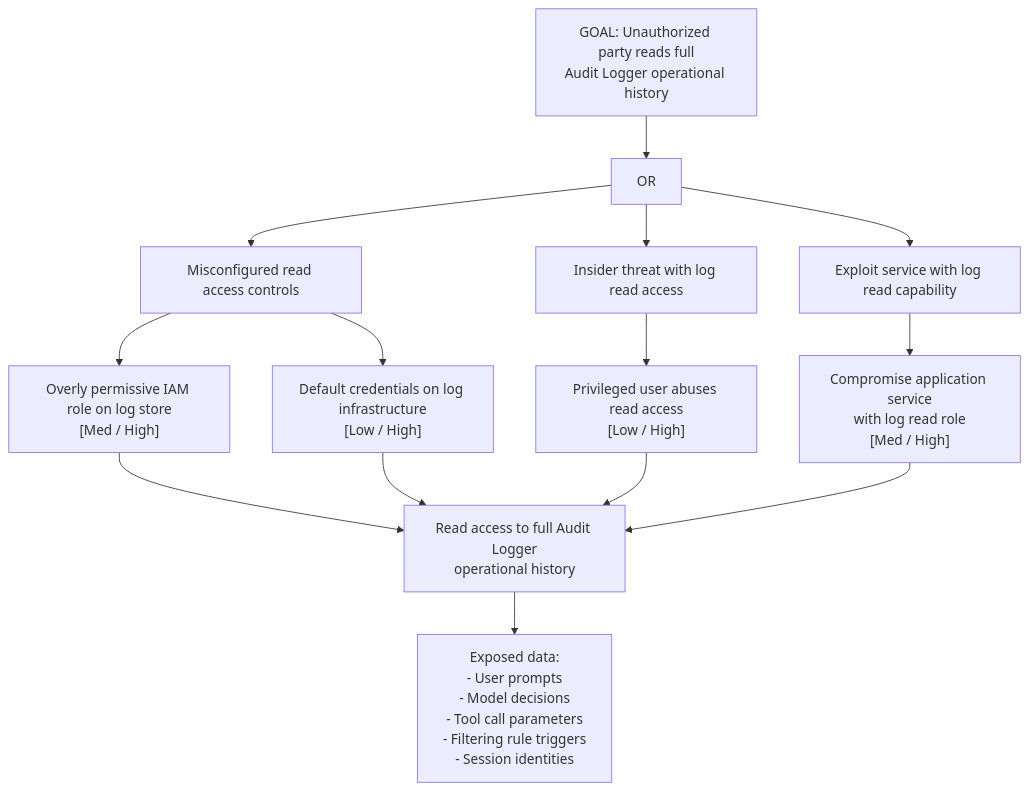
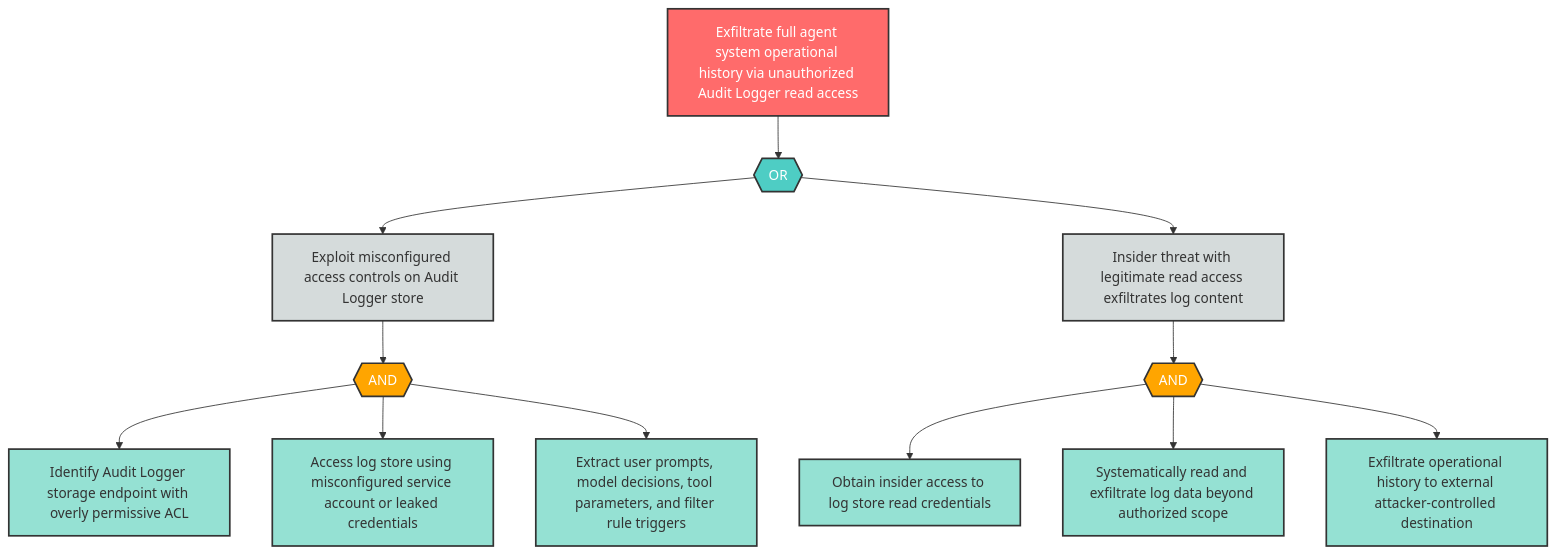
Before and after one commit to q-qp-p/davidmatousek-tachi: the diagram in examples/agentic-app/sample-report/attack-trees/I-7-attack-tree.md, drawn with Mermaid. The commit also changed other lines of this file and 156 other files, not shown here.

````diff
--- a/examples/agentic-app/sample-report/attack-trees/I-7-attack-tree.md
+++ b/examples/agentic-app/sample-report/attack-trees/I-7-attack-tree.md
@@ -10,17 +8,39 @@
 ```mermaid
-graph TD
-    GOAL["GOAL: Unauthorized party reads full\nAudit Logger operational history"]
-    GOAL --> A["OR"]
-    A --> B["Misconfigured read access controls"]
-    A --> C["Insider threat with log read access"]
-    A --> D["Exploit service with log read capability"]
-    B --> B1["Overly permissive IAM role on log store\n[Med / High]"]
-    B --> B2["Default credentials on log infrastructure\n[Low / High]"]
-    C --> C1["Privileged user abuses read access\n[Low / High]"]
-    D --> D1["Compromise application service\nwith log read role\n[Med / High]"]
-    B1 --> E["Read access to full Audit Logger\noperational history"]
-    B2 --> E
-    C1 --> E
-    D1 --> E
-    E --> F["Exposed data:\n- User prompts\n- Model decisions\n- Tool call parameters\n- Filtering rule triggers\n- Session identities"]
+flowchart TD
+    I7_root["Exfiltrate full agent system operational history via unauthorized Audit Logger read access"]
+    I7_or1{{"OR"}}
+    I7_sub1["Exploit misconfigured access controls on Audit Logger store"]
+    I7_sub2["Insider threat with legitimate read access exfiltrates log content"]
+    I7_and1{{"AND"}}
+    I7_leaf1["Identify Audit Logger storage endpoint with overly permissive ACL"]
+    I7_leaf2["Access log store using misconfigured service account or leaked credentials"]
+    I7_leaf3["Extract user prompts, model decisions, tool parameters, and filter rule triggers"]
+    I7_and2{{"AND"}}
+    I7_leaf4["Obtain insider access to log store read credentials"]
+    I7_leaf5["Systematically read and exfiltrate log data beyond authorized scope"]
+    I7_leaf6["Exfiltrate operational history to external attacker-controlled destination"]
+
+    I7_root --> I7_or1
+    I7_or1 --> I7_sub1
+    I7_or1 --> I7_sub2
+    I7_sub1 --> I7_and1
+    I7_and1 --> I7_leaf1
+    I7_and1 --> I7_leaf2
+    I7_and1 --> I7_leaf3
+    I7_sub2 --> I7_and2
+    I7_and2 --> I7_leaf4
+    I7_and2 --> I7_leaf5
+    I7_and2 --> I7_leaf6
+
+    classDef goal fill:#ff6b6b,stroke:#333,stroke-width:2px,color:#fff
+    classDef andGate fill:#ffa500,stroke:#333,stroke-width:2px,color:#fff
+    classDef orGate fill:#4ecdc4,stroke:#333,stroke-width:2px,color:#fff
+    classDef subGoal fill:#d5dbdb,stroke:#333,stroke-width:2px,color:#333
+    classDef leaf fill:#95e1d3,stroke:#333,stroke-width:2px,color:#333
+
+    class I7_root goal
+    class I7_or1 orGate
+    class I7_and1,I7_and2 andGate
+    class I7_sub1,I7_sub2 subGoal
+    class I7_leaf1,I7_leaf2,I7_leaf3,I7_leaf4,I7_leaf5,I7_leaf6 leaf
 ```
````
